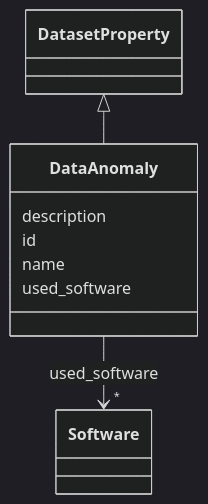
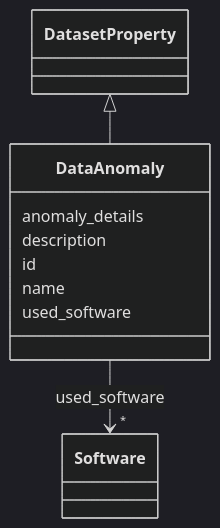
Before and after one commit to bridge2ai/data-sheets-schema: the diagram in docs/DataAnomaly.md, drawn with Mermaid (dark theme). The commit also changed other lines of this file and 682 other files, not shown here.

````diff
--- a/docs/DataAnomaly.md
+++ b/docs/DataAnomaly.md
@@ -20,26 +20,28 @@
 ```mermaid
  classDiagram
     class DataAnomaly
     click DataAnomaly href "../DataAnomaly/"
       DatasetProperty <|-- DataAnomaly
         click DatasetProperty href "../DatasetProperty/"
       
+      DataAnomaly : anomaly_details
+        
       DataAnomaly : description
         
       DataAnomaly : id
         
       DataAnomaly : name
         
       DataAnomaly : used_software
         
           
     
         
         
         DataAnomaly --> "*" Software : used_software
         click Software href "../Software/"
     
 
         
       
 ```
````
